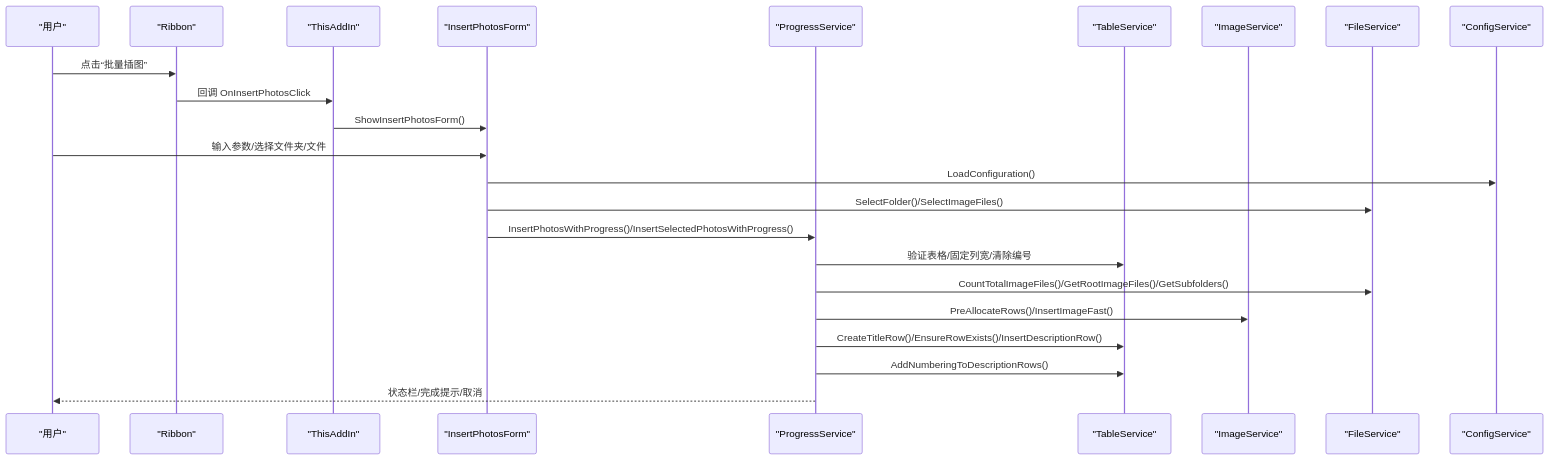
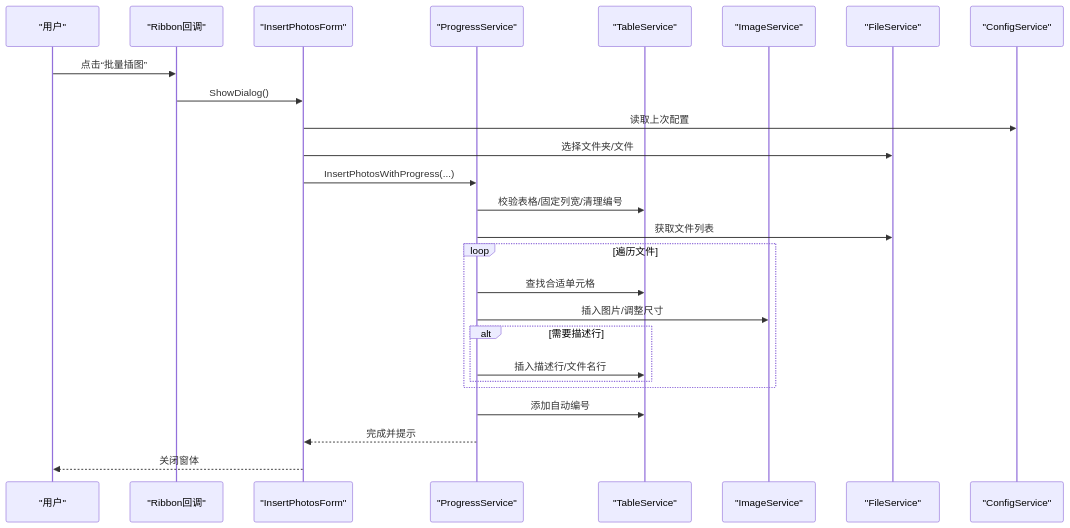
Before and after one commit to rainiva/WordTools: the second of 6 diagrams in .qoder/repowiki/zh/content/核心功能/核心功能.md, drawn with Mermaid. The commit also changed other lines of this file and 63 other files, not shown here.

First line of the commit message:
全面优化：代码质量修复、自动编号重构、插图性能优化

````diff
--- a/.qoder/repowiki/zh/content/核心功能/核心功能.md
+++ b/.qoder/repowiki/zh/content/核心功能/核心功能.md
@@ -101,25 +121,28 @@
 ```mermaid
 sequenceDiagram
 participant U as "用户"
-participant R as "Ribbon"
-participant T as "ThisAddIn"
+participant R as "Ribbon回调"
 participant F as "InsertPhotosForm"
 participant P as "ProgressService"
-participant S as "TableService"
+participant T as "TableService"
 participant I as "ImageService"
 participant FS as "FileService"
 participant C as "ConfigService"
 U->>R : 点击“批量插图”
-R->>T : 回调 OnInsertPhotosClick
-T->>F : ShowInsertPhotosForm()
-U->>F : 输入参数/选择文件夹/文件
-F->>C : LoadConfiguration()
-F->>FS : SelectFolder()/SelectImageFiles()
-F->>P : InsertPhotosWithProgress()/InsertSelectedPhotosWithProgress()
-P->>S : 验证表格/固定列宽/清除编号
-P->>FS : CountTotalImageFiles()/GetRootImageFiles()/GetSubfolders()
-P->>I : PreAllocateRows()/InsertImageFast()
-P->>S : CreateTitleRow()/EnsureRowExists()/InsertDescriptionRow()
-P->>S : AddNumberingToDescriptionRows()
-P-->>U : 状态栏/完成提示/取消
+R->>F : ShowDialog()
+F->>C : 读取上次配置
+F->>FS : 选择文件夹/文件
+F->>P : InsertPhotosWithProgress(...)
+P->>T : 校验表格/固定列宽/清理编号
+P->>FS : 获取文件列表
+loop 遍历文件
+P->>T : 查找合适单元格
+P->>I : 插入图片/调整尺寸
+alt 需要描述行
+P->>T : 插入描述行/文件名行
+end
+end
+P->>T : 添加自动编号
+P-->>F : 完成并提示
+F-->>U : 关闭窗体
 ```
````
